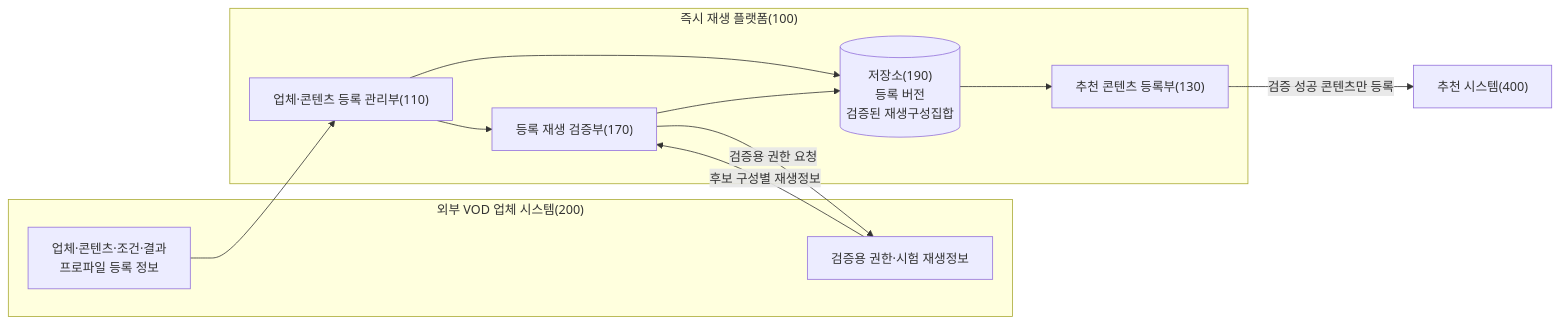
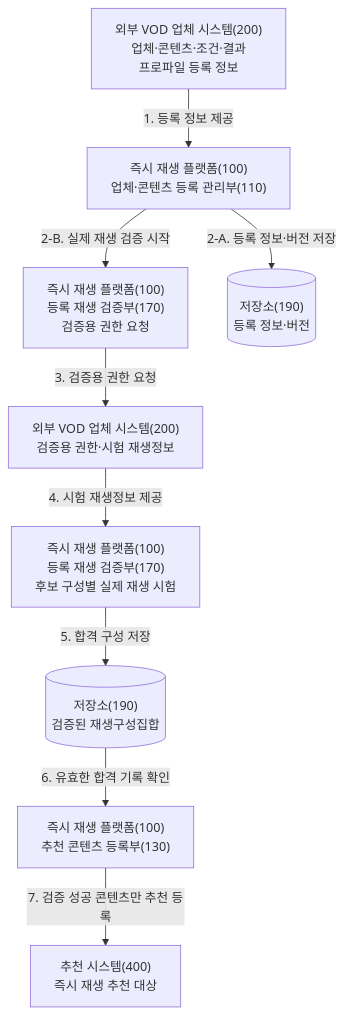
One commit to growdai1y/instant-play changed the second of 14 diagrams in instant_play_직무발명서_개선본.md. Above: the diagram before and after it, drawn with Mermaid. The commit also changed other lines of this file and 1 other file, not shown here.

````diff
--- a/instant_play_직무발명서_개선본.md
+++ b/instant_play_직무발명서_개선본.md
@@ -175,26 +185,21 @@
 ```mermaid
-flowchart LR
-    subgraph PROVIDER["외부 VOD 업체 시스템(200)"]
-        PREG["업체·콘텐츠·조건·결과<br/>프로파일 등록 정보"]
-        PTEST["검증용 권한·시험 재생정보"]
-    end
+flowchart TB
+    PREG["외부 VOD 업체 시스템(200)<br/>업체·콘텐츠·조건·결과<br/>프로파일 등록 정보"]
+    MANAGE["즉시 재생 플랫폼(100)<br/>업체·콘텐츠 등록 관리부(110)"]
+    VERIFY_REQUEST["즉시 재생 플랫폼(100)<br/>등록 재생 검증부(170)<br/>검증용 권한 요청"]
+    PTEST["외부 VOD 업체 시스템(200)<br/>검증용 권한·시험 재생정보"]
+    VERIFY_RUN["즉시 재생 플랫폼(100)<br/>등록 재생 검증부(170)<br/>후보 구성별 실제 재생 시험"]
+    REG_STORE[("저장소(190)<br/>등록 정보·버전")]
+    VERIFIED_STORE[("저장소(190)<br/>검증된 재생구성집합")]
+    RECREG["즉시 재생 플랫폼(100)<br/>추천 콘텐츠 등록부(130)"]
+    RECOMMEND["추천 시스템(400)<br/>즉시 재생 추천 대상"]
 
-    subgraph PLATFORM["즉시 재생 플랫폼(100)"]
-        MANAGE["업체·콘텐츠 등록 관리부(110)"]
-        VERIFY["등록 재생 검증부(170)"]
-        STORE[("저장소(190)<br/>등록 버전<br/>검증된 재생구성집합")]
-        RECREG["추천 콘텐츠 등록부(130)"]
-
-        MANAGE --> VERIFY
-        MANAGE --> STORE
-        VERIFY --> STORE
-        STORE --> RECREG
-    end
-
-    RECOMMEND["추천 시스템(400)"]
-
-    PREG --> MANAGE
-    VERIFY -->|"검증용 권한 요청"| PTEST
-    PTEST -->|"후보 구성별 재생정보"| VERIFY
-    RECREG -->|"검증 성공 콘텐츠만 등록"| RECOMMEND
+    PREG -->|"1. 등록 정보 제공"| MANAGE
+    MANAGE -->|"2-A. 등록 정보·버전 저장"| REG_STORE
+    MANAGE -->|"2-B. 실제 재생 검증 시작"| VERIFY_REQUEST
+    VERIFY_REQUEST -->|"3. 검증용 권한 요청"| PTEST
+    PTEST -->|"4. 시험 재생정보 제공"| VERIFY_RUN
+    VERIFY_RUN -->|"5. 합격 구성 저장"| VERIFIED_STORE
+    VERIFIED_STORE -->|"6. 유효한 합격 기록 확인"| RECREG
+    RECREG -->|"7. 검증 성공 콘텐츠만 추천 등록"| RECOMMEND
 ```
````
